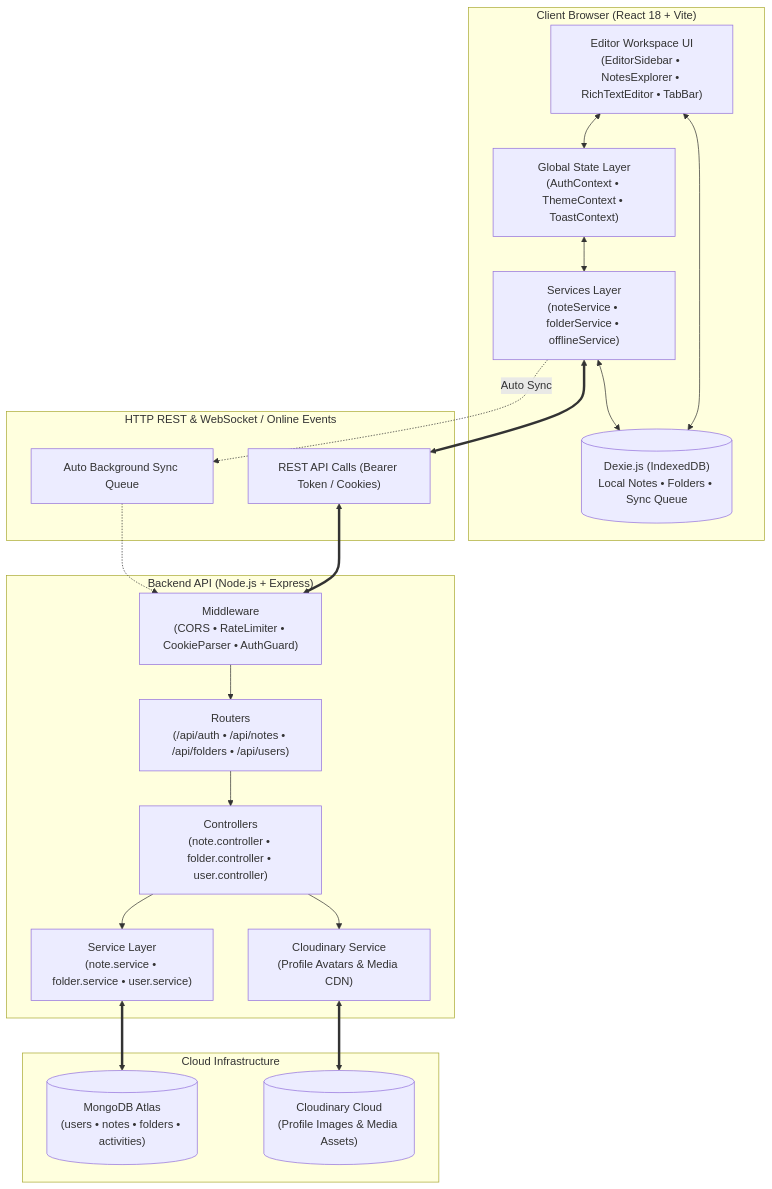
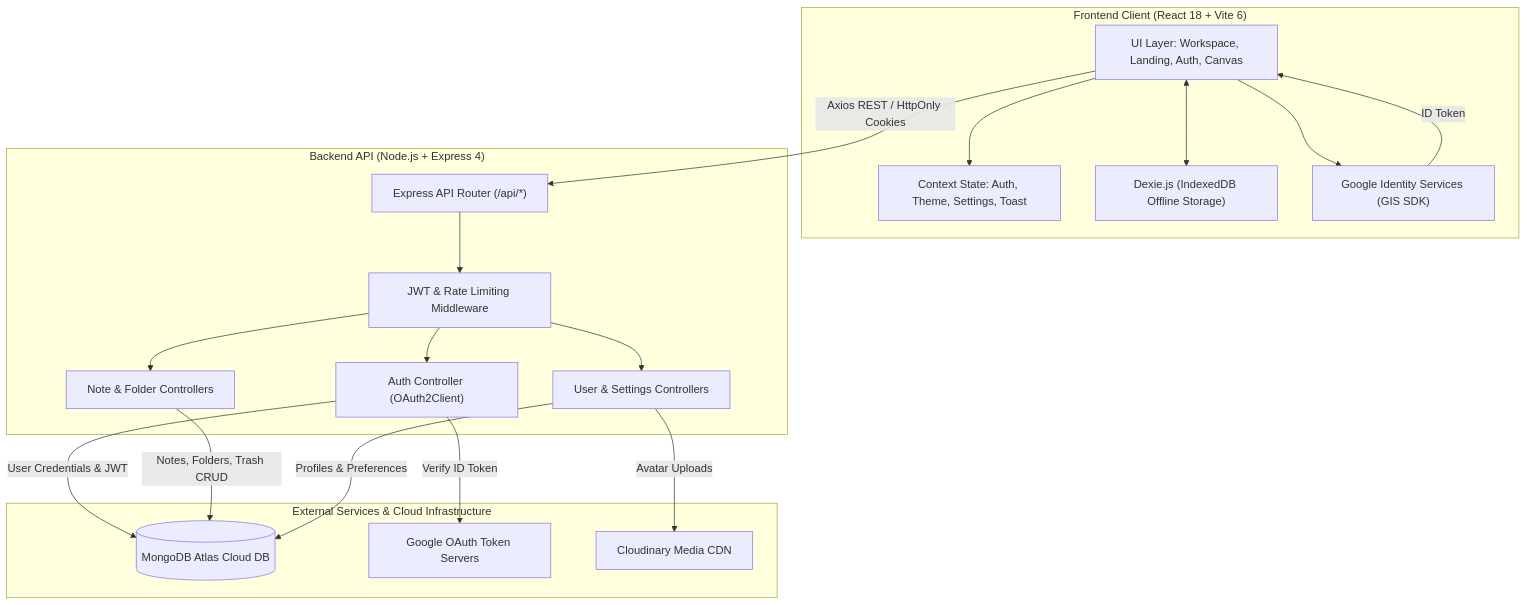
The diagram in README.md (anshumangarg5410/Notes-Making-App), drawn with Mermaid before and after one commit. The commit also changed other lines of this file, not shown here.

````diff
--- a/README.md
+++ b/README.md
@@ -103,40 +173,40 @@
 ```mermaid
-flowchart TB
-    subgraph Client ["Client Browser (React 18 + Vite)"]
-        UI["Editor Workspace UI\n(EditorSidebar • NotesExplorer • RichTextEditor • TabBar)"]
-        DEXIE[("Dexie.js (IndexedDB)\nLocal Notes • Folders • Sync Queue")]
-        STATE["Global State Layer\n(AuthContext • ThemeContext • ToastContext)"]
-        CLIENT_SVC["Services Layer\n(noteService • folderService • offlineService)"]
-
-        UI <--> DEXIE
-        UI <--> STATE
-        STATE <--> CLIENT_SVC
-        CLIENT_SVC <--> DEXIE
+graph TD
+    subgraph Client["Frontend Client (React 18 + Vite 6)"]
+        UI["UI Layer: Workspace, Landing, Auth, Canvas"]
+        Context["Context State: Auth, Theme, Settings, Toast"]
+        Dexie["Dexie.js (IndexedDB Offline Storage)"]
+        GIS["Google Identity Services (GIS SDK)"]
     end
 
-    subgraph Network ["HTTP REST & WebSocket / Online Events"]
-        HTTP_REQ["REST API Calls (Bearer Token / Cookies)"]
-        SYNC_EVT["Auto Background Sync Queue"]
+    subgraph Server["Backend API (Node.js + Express 4)"]
+        Router["Express API Router (/api/*)"]
+        AuthMid["JWT & Rate Limiting Middleware"]
+        AuthCtrl["Auth Controller (OAuth2Client)"]
+        NoteCtrl["Note & Folder Controllers"]
+        UserCtrl["User & Settings Controllers"]
     end
 
-    subgraph Server ["Backend API (Node.js + Express)"]
-        MW["Middleware\n(CORS • RateLimiter • CookieParser • AuthGuard)"]
-        ROUTERS["Routers\n(/api/auth • /api/notes • /api/folders • /api/users)"]
-        CTRL["Controllers\n(note.controller • folder.controller • user.controller)"]
-        SVC["Service Layer\n(note.service • folder.service • user.service)"]
-        CLOUD_CFG["Cloudinary Service\n(Profile Avatars & Media CDN)"]
-
-        MW --> ROUTERS --> CTRL --> SVC
-        CTRL --> CLOUD_CFG
+    subgraph External["External Services & Cloud Infrastructure"]
+        Atlas[("MongoDB Atlas Cloud DB")]
+        GoogleAPI["Google OAuth Token Servers"]
+        CloudinaryAPI["Cloudinary Media CDN"]
     end
 
-    subgraph Storage ["Cloud Infrastructure"]
-        MONGO_DB[("MongoDB Atlas\n(users • notes • folders • activities)")]
-        CLOUDINARY_CDN[("Cloudinary Cloud\n(Profile Images & Media Assets)")]
-    end
+    UI --> Context
+    UI <--> Dexie
+    UI --> GIS
+    GIS -->|ID Token| UI
+    UI -->|Axios REST / HttpOnly Cookies| Router
 
-    CLIENT_SVC <==> HTTP_REQ <==> MW
-    CLIENT_SVC -. "Auto Sync" .-> SYNC_EVT -.-> MW
-    SVC <==> MONGO_DB
-    CLOUD_CFG <==> CLOUDINARY_CDN
+    Router --> AuthMid
+    AuthMid --> AuthCtrl
+    AuthMid --> NoteCtrl
+    AuthMid --> UserCtrl
+
+    AuthCtrl -->|Verify ID Token| GoogleAPI
+    AuthCtrl -->|User Credentials & JWT| Atlas
+    NoteCtrl -->|Notes, Folders, Trash CRUD| Atlas
+    UserCtrl -->|Avatar Uploads| CloudinaryAPI
+    UserCtrl -->|Profiles & Preferences| Atlas
 ```
````
